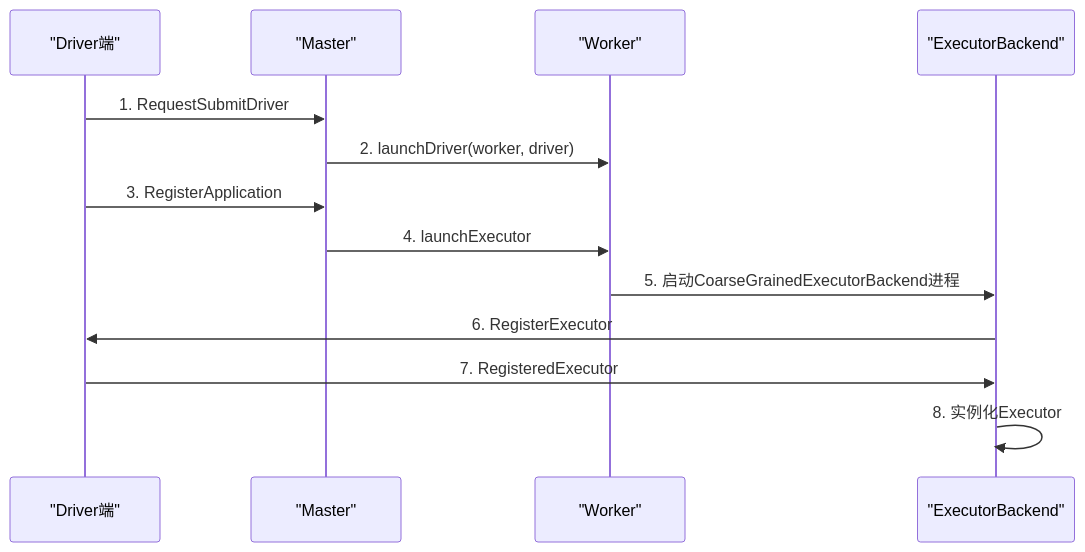
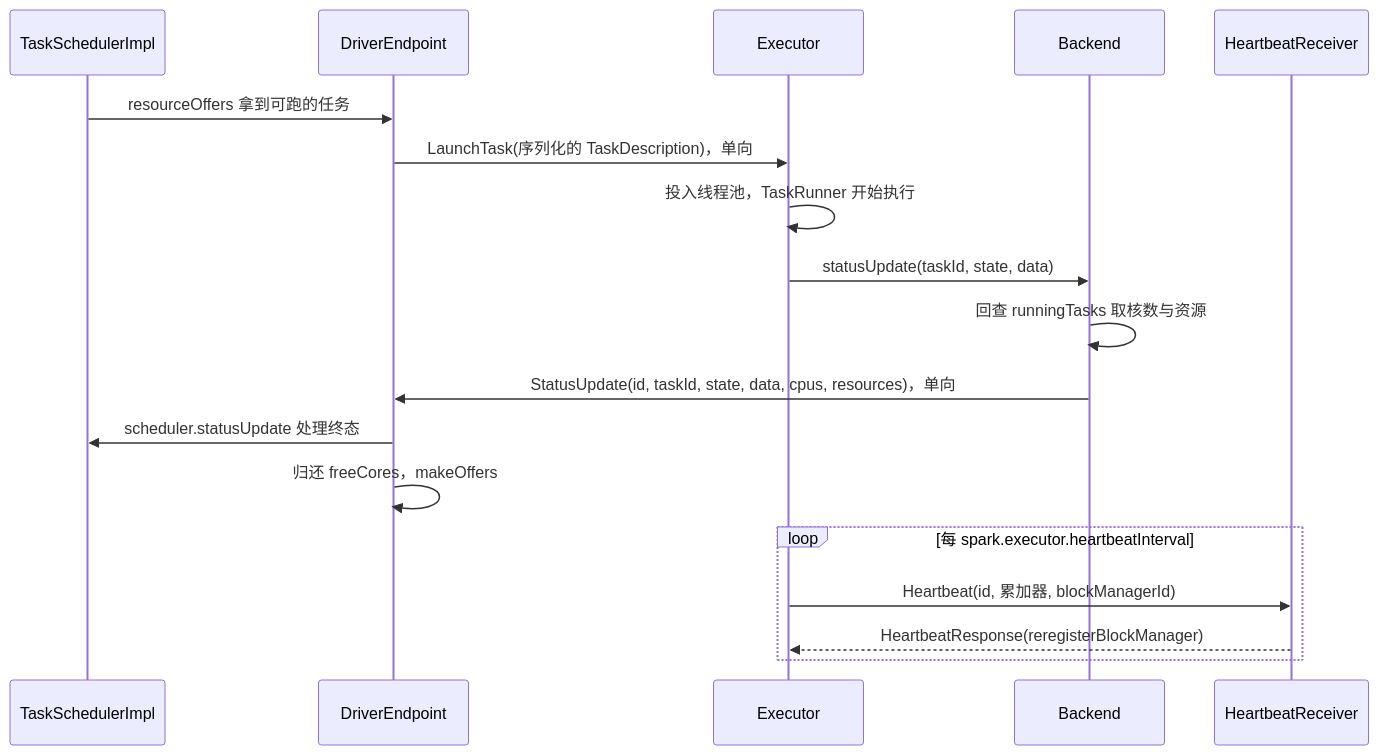
One commit to hpliStartAgain/my-brain changed the fourth of 5 diagrams in content/大数据/Spark/读书笔记-spark内核/02_系统架构与运行机制/3. Spark_ExecutorBackend_启动原理.md. Above: the diagram before and after it, drawn with Mermaid. The commit also changed other lines of this file and 259 other files, not shown here.

````diff
--- a/content/大数据/Spark/读书笔记-spark内核/02_系统架构与运行机制/3. Spark_ExecutorBackend_启动原理.md
+++ b/content/大数据/Spark/读书笔记-spark内核/02_系统架构与运行机制/3. Spark_ExecutorBackend_启动原理.md
@@ -76,16 +532,21 @@
 ```mermaid
+%%{init: {'theme': 'dracula'}}%%
 sequenceDiagram
-    participant D as "Driver端"
-    participant M as "Master"
-    participant W as "Worker"
-    participant E as "ExecutorBackend"
-    
-    D->>M: 1. RequestSubmitDriver
-    M->>W: 2. launchDriver(worker, driver)
-    D->>M: 3. RegisterApplication
-    M->>W: 4. launchExecutor
-    W->>E: 5. 启动CoarseGrainedExecutorBackend进程
-    E->>D: 6. RegisterExecutor
-    D->>E: 7. RegisteredExecutor
-    E->>E: 8. 实例化Executor
+    participant S as TaskSchedulerImpl
+    participant D as DriverEndpoint
+    participant E as Executor
+    participant B as Backend
+    participant H as HeartbeatReceiver
+    S->>D: resourceOffers 拿到可跑的任务
+    D->>E: LaunchTask(序列化的 TaskDescription)，单向
+    E->>E: 投入线程池，TaskRunner 开始执行
+    E->>B: statusUpdate(taskId, state, data)
+    B->>B: 回查 runningTasks 取核数与资源
+    B->>D: StatusUpdate(id, taskId, state, data, cpus, resources)，单向
+    D->>S: scheduler.statusUpdate 处理终态
+    D->>D: 归还 freeCores，makeOffers
+    loop 每 spark.executor.heartbeatInterval
+        E->>H: Heartbeat(id, 累加器, blockManagerId)
+        H-->>E: HeartbeatResponse(reregisterBlockManager)
+    end
 ```
````
